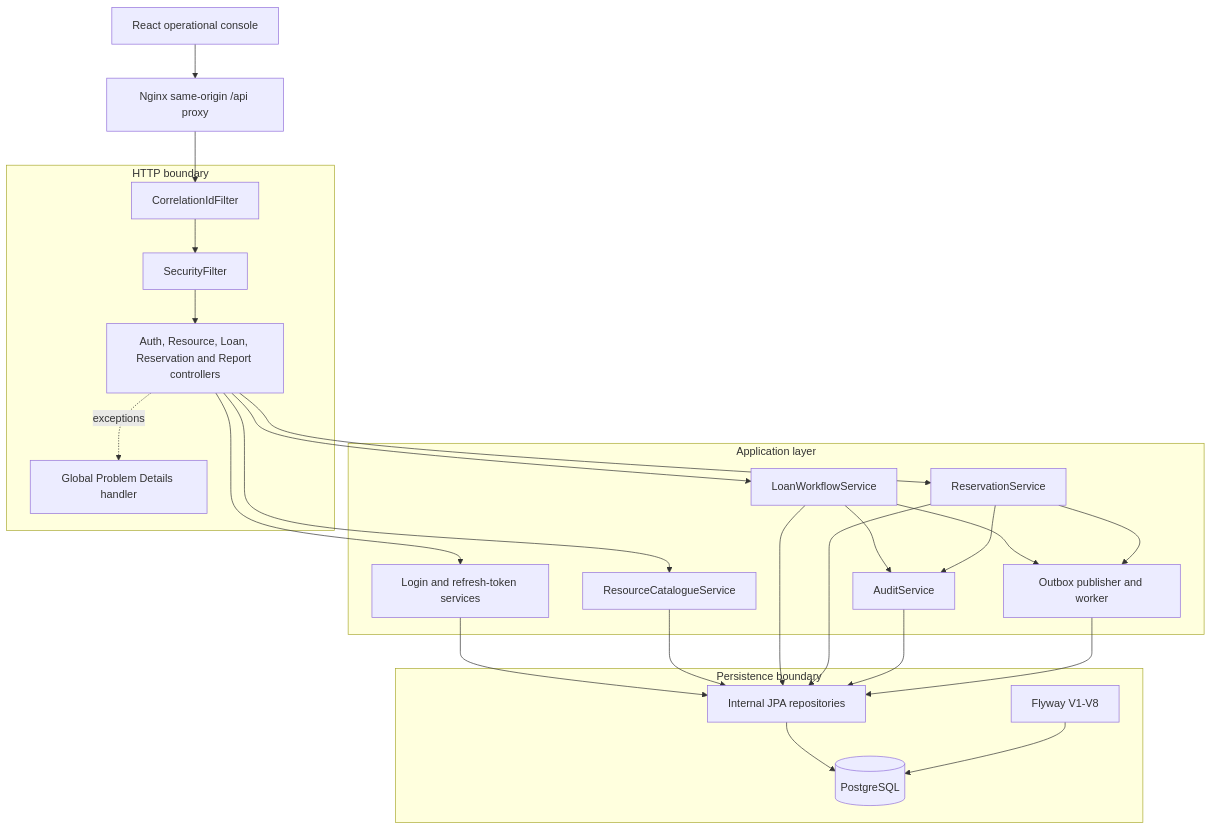
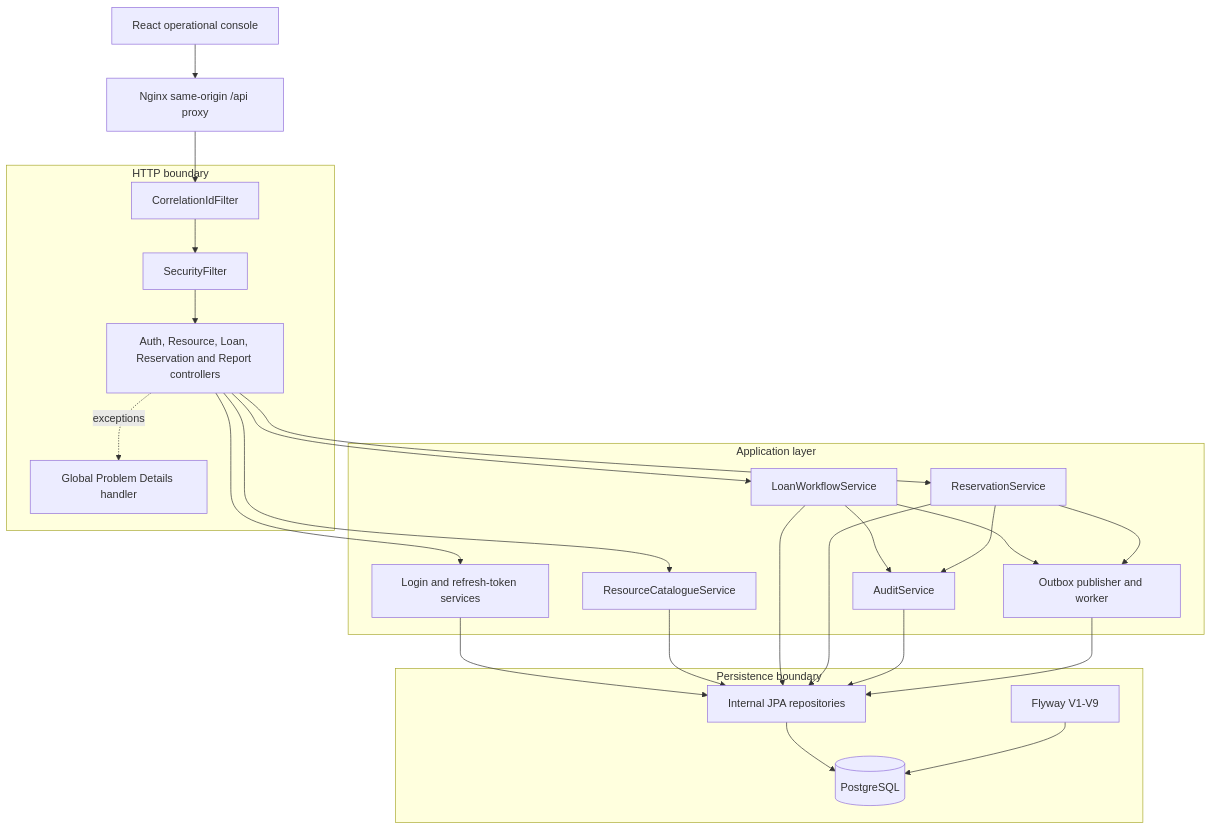
One commit to ricardoportoIE/resource-lending-api changed the first of 5 diagrams in docs/architecture.md. Above: the diagram before and after it, drawn with Mermaid. The commit also changed other lines of this file and 48 other files, not shown here.

````diff
--- a/docs/architecture.md
+++ b/docs/architecture.md
@@ -7,45 +7,45 @@
 ```mermaid
 flowchart TB
     Browser[React operational console] --> Proxy[Nginx same-origin /api proxy]
     subgraph HTTP[HTTP boundary]
         Correlation[CorrelationIdFilter]
         JWT[SecurityFilter]
         Controllers[Auth, Resource, Loan, Reservation and Report controllers]
         Problems[Global Problem Details handler]
     end
 
     subgraph Application[Application layer]
         Auth[Login and refresh-token services]
         Catalogue[ResourceCatalogueService]
         Loans[LoanWorkflowService]
         Reservations[ReservationService]
         Audit[AuditService]
         Outbox[Outbox publisher and worker]
     end
 
     subgraph Persistence[Persistence boundary]
         Repositories[Internal JPA repositories]
         PostgreSQL[(PostgreSQL)]
-        Flyway[Flyway V1-V8]
+        Flyway[Flyway V1-V9]
     end
 
     Proxy --> Correlation
     Correlation --> JWT --> Controllers
     Controllers --> Auth
     Controllers --> Catalogue
     Controllers --> Loans
     Controllers --> Reservations
     Controllers -. exceptions .-> Problems
     Loans --> Audit
     Reservations --> Audit
     Loans --> Outbox
     Reservations --> Outbox
     Auth --> Repositories
     Catalogue --> Repositories
     Loans --> Repositories
     Reservations --> Repositories
     Audit --> Repositories
     Outbox --> Repositories
     Repositories --> PostgreSQL
     Flyway --> PostgreSQL
 ```
````
